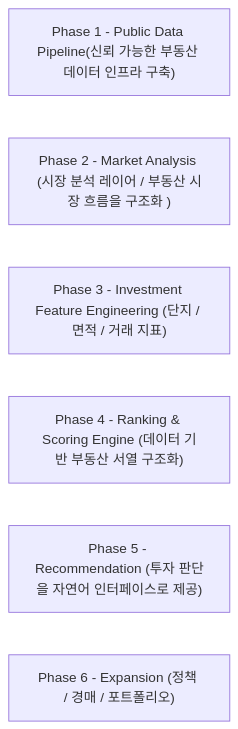
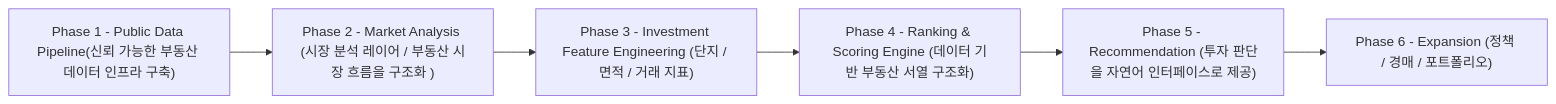
One commit to bongkyunSON/ttol-ttol-han-chae changed the diagram in README.md. Above: the diagram before and after it, drawn with Mermaid. The commit also changed other lines of this file, not shown here.

````diff
--- a/README.md
+++ b/README.md
@@ -48,9 +69,11 @@
 ```mermaid
 flowchart LR
   A["Phase 1 - Public Data Pipeline(신뢰 가능한 부동산 데이터 인프라 구축)"]
   B["Phase 2 - Market Analysis (시장 분석 레이어 / 부동산 시장 흐름을 구조화 )"]
   C["Phase 3 - Investment Feature Engineering (단지 / 면적 / 거래 지표)"]
   D["Phase 4 - Ranking & Scoring Engine (데이터 기반 부동산 서열 구조화)"]
   E["Phase 5 - Recommendation (투자 판단을 자연어 인터페이스로 제공)"]
   F["Phase 6 - Expansion (정책 / 경매 / 포트폴리오)"]
+
+  A --> B --> C --> D --> E --> F
 ```
````
